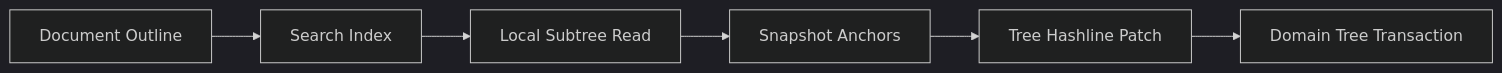
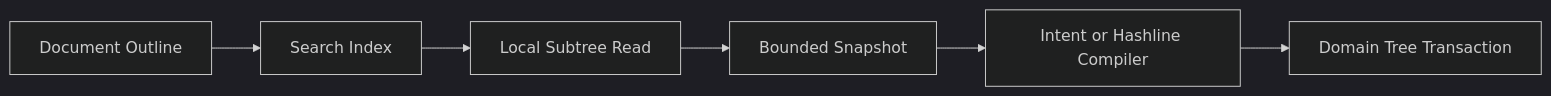
One commit to zoeymind/zoeymind-desktop changed the third of 3 diagrams in docs/architecture/document-automation-portal.md. Above: the diagram before and after it, drawn with Mermaid (dark theme). The commit also changed other lines of this file and 37 other files, not shown here.

````diff
--- a/docs/architecture/document-automation-portal.md
+++ b/docs/architecture/document-automation-portal.md
@@ -286,8 +300,8 @@
 ```mermaid
 flowchart LR
     A[Document Outline] --> B[Search Index]
     B --> C[Local Subtree Read]
-    C --> D[Snapshot Anchors]
-    D --> E[Tree Hashline Patch]
+    C --> D[Bounded Snapshot]
+    D --> E[Intent or Hashline Compiler]
     E --> F[Domain Tree Transaction]
 ```
````
